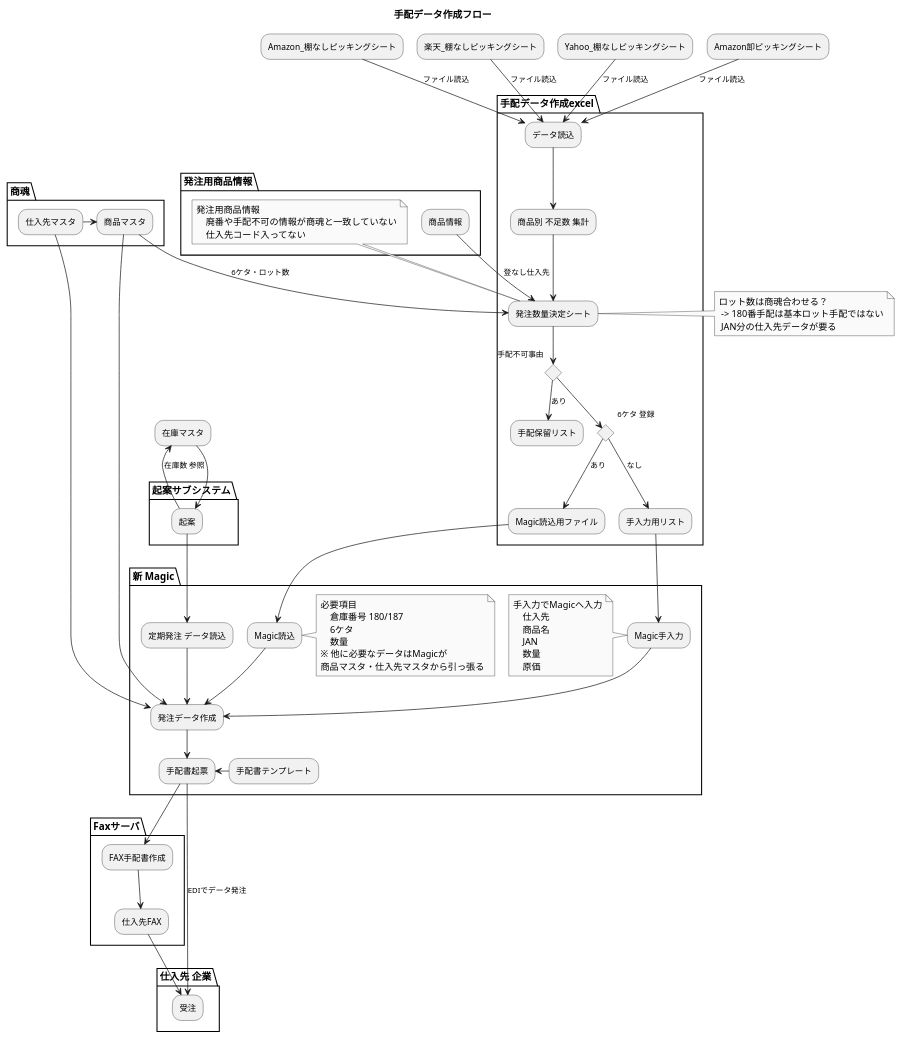
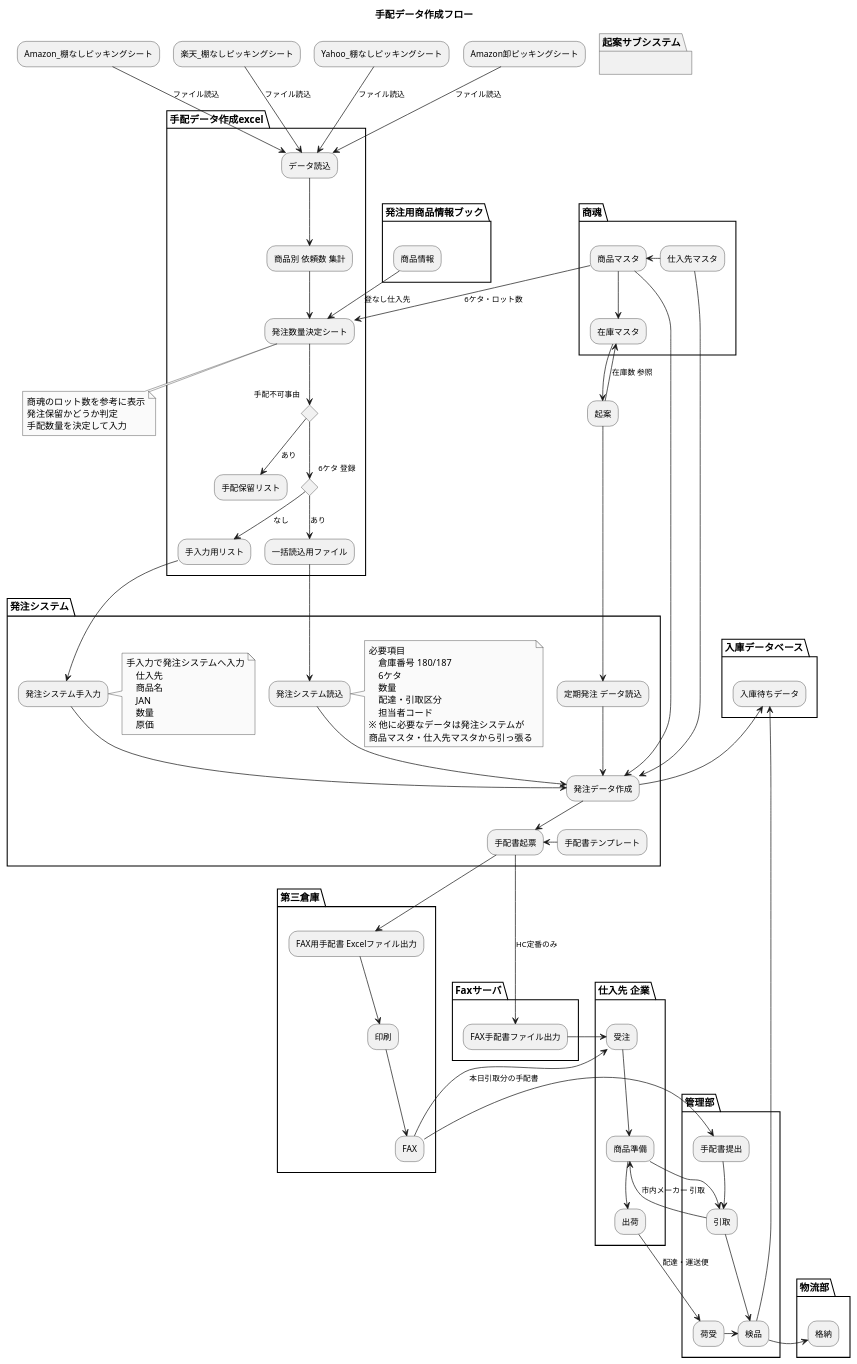
Before and after one commit to akiya64/back-yard-macros: the diagram in build_purchase_data.puml, drawn with PlantUML.

Commit message:
手配データ作成 UML図

```diff
--- a/build_purchase_data.puml
+++ b/build_purchase_data.puml
@@ -1,111 +1,134 @@
 @startuml 手配データ作成フロー
 
 title 手配データ作成フロー
 skinparam monochrome true
 
 partition 手配データ作成excel {
-    "データ読込" --> "商品別 不足数 集計"
+    "データ読込" --> "商品別 依頼数 集計"
 
-    "商品別 不足数 集計" --> "発注数量決定シート"
+    "商品別 依頼数 集計" --> "発注数量決定シート"
 
     if "手配不可事由"
             --> [あり]"手配保留リスト"
     else
             if "6ケタ 登録"
-                --> [あり] "Magic読込用ファイル"
+                --> [あり] "一括読込用ファイル"
             else
                 --> [なし] "手入力用リスト"
         end if 
     end if
     
 }
 
 "Amazon_棚なしピッキングシート" --> [ファイル読込]"データ読込"
 "楽天_棚なしピッキングシート" --> [ファイル読込]"データ読込"
 "Yahoo_棚なしピッキングシート" --> [ファイル読込]"データ読込"
 "Amazon卸ピッキングシート"--> [ファイル読込]"データ読込"
 
-Partition "新 Magic" {
+Partition "発注システム" {
 
-    "Magic読込用ファイル" -down-> "Magic読込"
+    "一括読込用ファイル" -down-> "発注システム読込"
     note right
         必要項目
             倉庫番号 180/187
             6ケタ
             数量
-        ※ 他に必要なデータはMagicが
+            配達・引取区分
+            担当者コード
+        ※ 他に必要なデータは発注システムが
         商品マスタ・仕入先マスタから引っ張る
     end note
 
-    "Magic読込" -down-> "発注データ作成"
+    "発注システム読込" -down-> "発注データ作成"
         
-    "手入力用リスト" --> "Magic手入力"
+    "手入力用リスト" --> "発注システム手入力"
     note left
-            手入力でMagicへ入力
+            手入力で発注システムへ入力
                 仕入先
                 商品名
                 JAN
                 数量
                 原価
     end note
 
 
-    "Magic手入力" --> "発注データ作成"
+    "発注システム手入力" --> "発注データ作成"
 
     "定期発注 データ読込" --> "発注データ作成"
 
     "発注データ作成" --> "手配書起票"
     "手配書テンプレート" -left-> "手配書起票"
 
 }
 
-Partition "起案サブシステム" {
-    "起案" --> "定期発注 データ読込"
+partition 商魂 {
+
+    "商品マスタ" --> "発注データ作成"
+    "仕入先マスタ" --> "発注データ作成"
+    商品マスタ --> 在庫マスタ
 }
 
 "起案" -up-> [在庫数 参照] "在庫マスタ"
 "在庫マスタ" --> "起案"
 
-partition 商魂 {
-
-    "商品マスタ" --> "発注データ作成"
-    "仕入先マスタ" --> "発注データ作成"
-
+Partition "起案サブシステム" {
+    "起案" --> "定期発注 データ読込"
 }
 
-"仕入先マスタ" -right-> "商品マスタ"
+"仕入先マスタ" -left-> "商品マスタ"
 --> [6ケタ・ロット数]"発注数量決定シート"
 
-note left
-    ロット数は商魂合わせる？
-     -> 180番手配は基本ロット手配ではない
-     JAN分の仕入先データが要る
+note bottom
+     商魂のロット数を参考に表示
+     発注保留かどうか判定
+     手配数量を決定して入力
 end note
 
-partition 発注用商品情報 {
+partition 発注用商品情報ブック {
     
     "商品情報" -down-> [登なし仕入先]"発注数量決定シート" 
+}
 
-    note right
-        発注用商品情報
-            廃番や手配不可の情報が商魂と一致していない
-            仕入先コード入ってない
-    end note
-
-
-
+Partition "入庫データベース" {
+    発注データ作成 -up-> 入庫待ちデータ
 }
 
 Partition "Faxサーバ" {
 
-    "手配書起票" --> "FAX手配書作成"
-    --> 仕入先FAX
+    "手配書起票" --> [HC定番のみ]"FAX手配書ファイル出力"
 }
 
 Partition "仕入先 企業" {
 
-    "仕入先FAX" -->  "受注"
-    "手配書起票" --> [EDIでデータ発注]"受注"
+    "FAX手配書ファイル出力" -right->  "受注"
+    '"手配書起票" --> [EDIでデータ発注]"受注"'
+    --> 商品準備
+    --> 出荷
+}
+
+Partition "第三倉庫" {
+    手配書起票 --> FAX用手配書 Excelファイル出力
+    --> 印刷
+    --> FAX
+    -left-> 受注
+}
+
+Partition "管理部" {
+    FAX -right-> [本日引取分の手配書]手配書提出
+    --> 引取
+    --> [市内メーカー 引取]商品準備
+    --> 引取
+    引取 --> 検品
+    出荷 --> [配達・運送便]荷受
+}
+
+-> 検品
+検品 -up-> 入庫待ちデータ
+
+Partition "物流部" {
+
+    検品 -> 格納
+
 }
 
 @enduml
```
